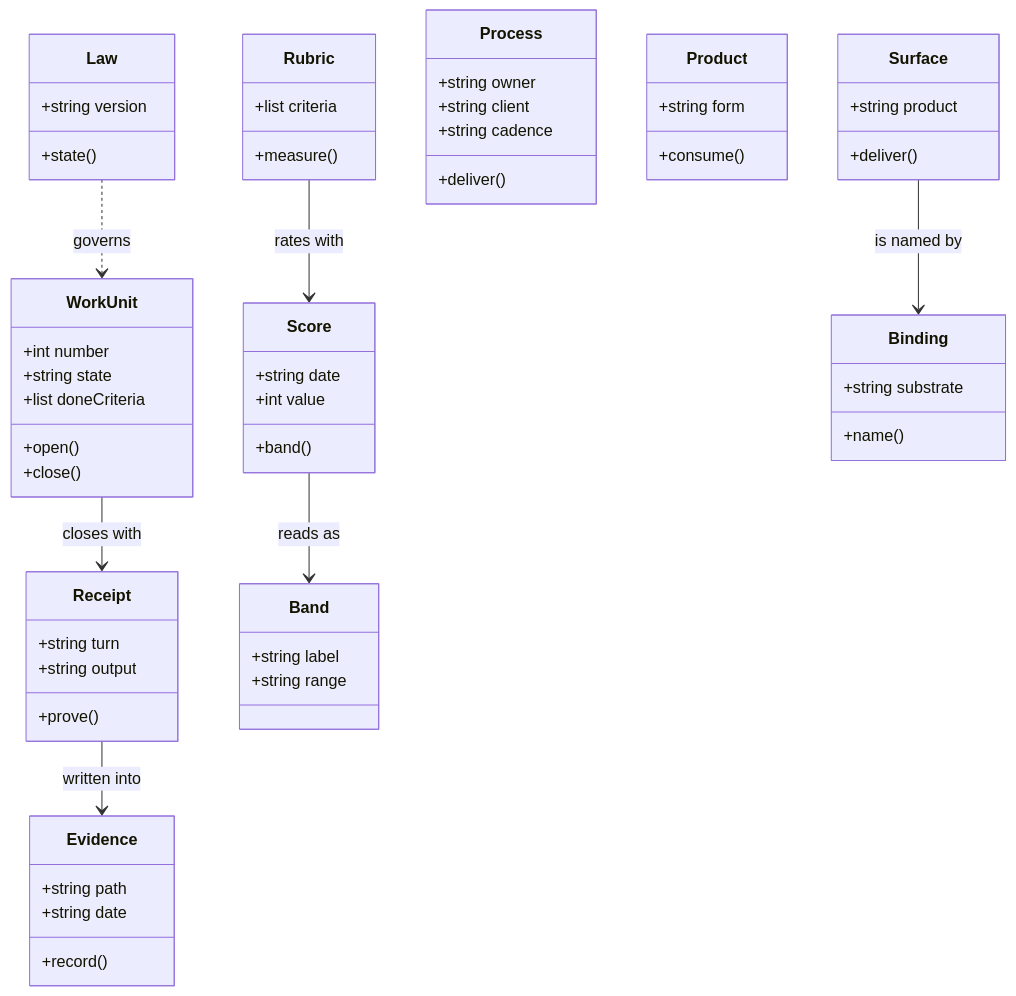
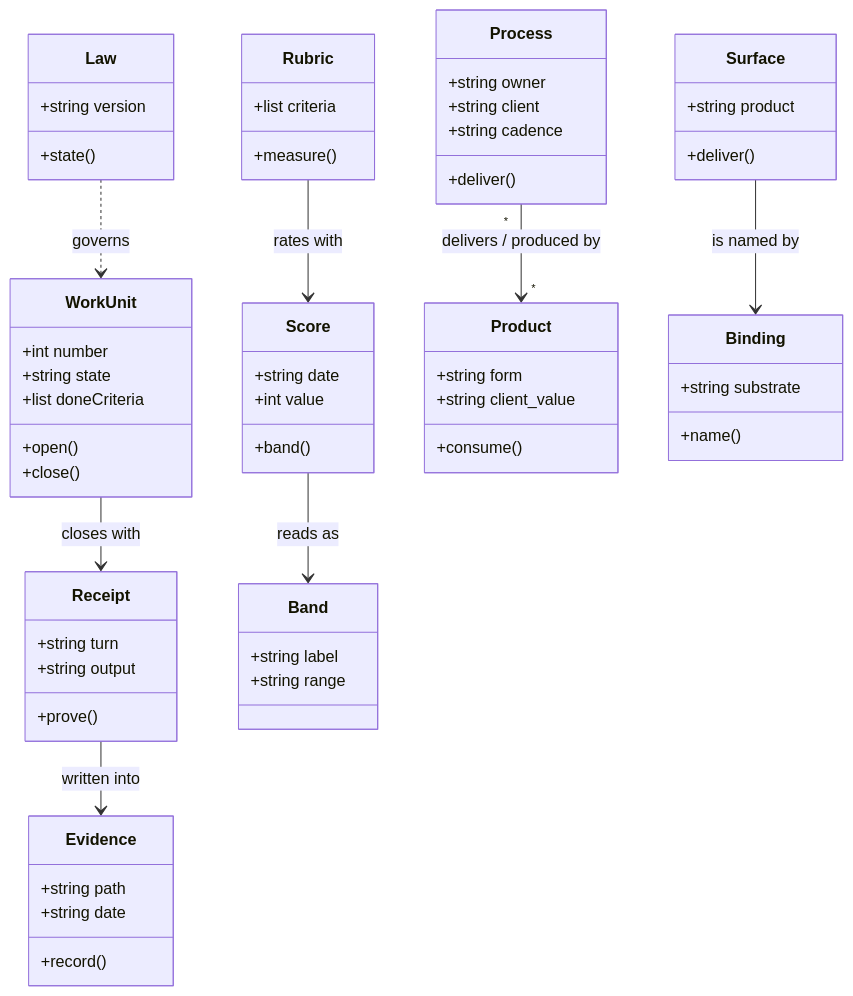
The third of 4 diagrams in ONTOLOGY.md (leshchenko1979/agent-factories), drawn with Mermaid before and after one commit. The commit also changed other lines of this file and 2 other files, not shown here.

Commit message:
Codify many-to-many process-to-product relationship and explicit client value recording

````diff
--- a/ONTOLOGY.md
+++ b/ONTOLOGY.md
@@ -207,62 +213,64 @@
 ```mermaid
 classDiagram
     class WorkUnit {
         +int number
         +string state
         +list doneCriteria
         +open()
         +close()
     }
     class Receipt {
         +string turn
         +string output
         +prove()
     }
     class Evidence {
         +string path
         +string date
         +record()
     }
     class Law {
         +string version
         +state()
     }
     class Rubric {
         +list criteria
         +measure()
     }
     class Score {
         +string date
         +int value
         +band()
     }
     class Band {
         +string label
         +string range
     }
     class Process {
         +string owner
         +string client
         +string cadence
         +deliver()
     }
     class Product {
         +string form
+        +string client_value
         +consume()
     }
     class Surface {
         +string product
         +deliver()
     }
     class Binding {
         +string substrate
         +name()
     }
 
     WorkUnit --> Receipt : closes with
     Receipt --> Evidence : written into
+    Process "*" --> "*" Product : delivers / produced by
     Rubric --> Score : rates with
     Score --> Band : reads as
     Law ..> WorkUnit : governs
     Surface --> Binding : is named by
 ```
````
